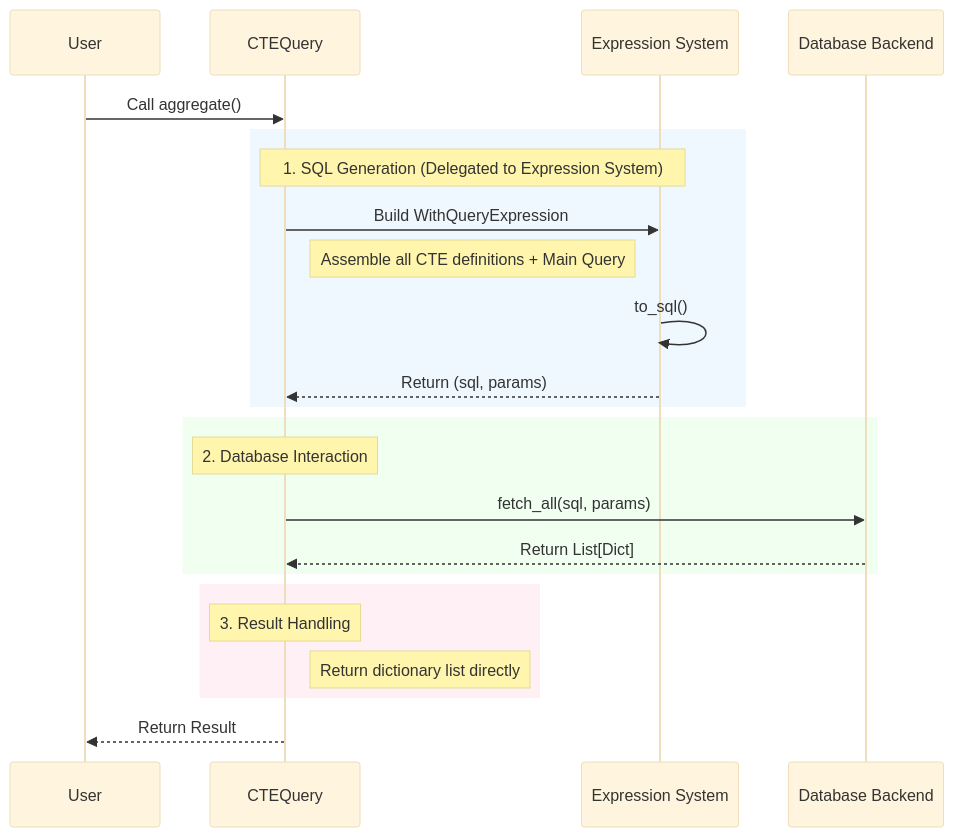
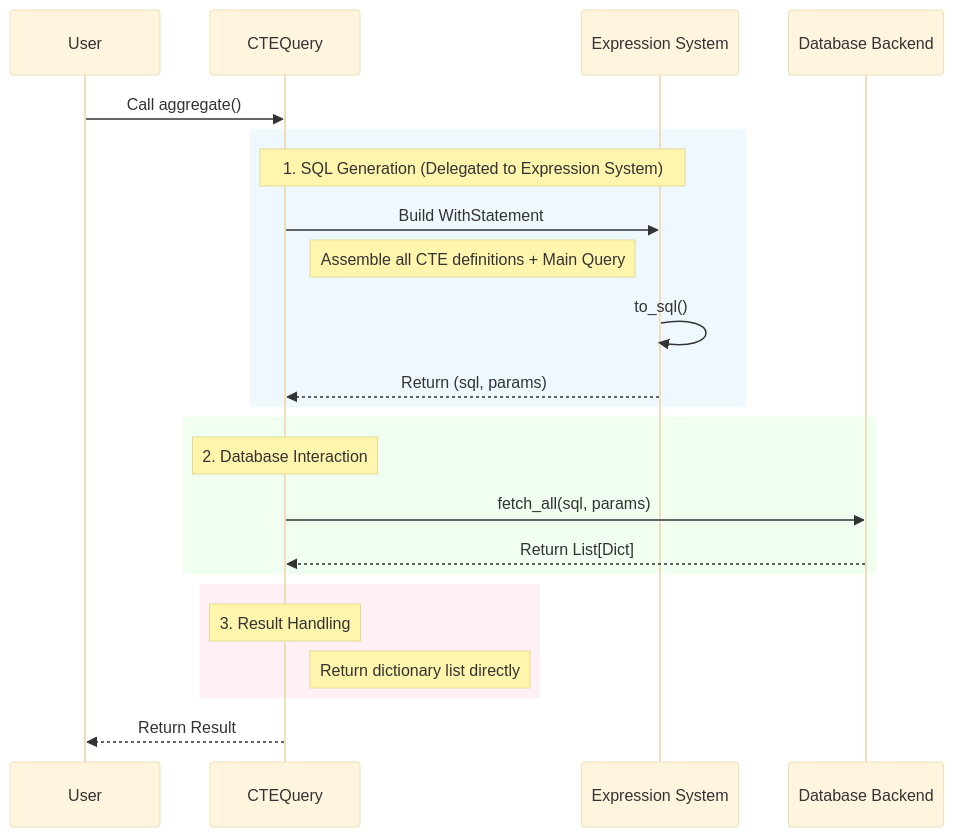
The diagram in docs/en_US/querying/cte_query.md (rhosocial/python-activerecord), drawn with Mermaid (base theme) before and after one commit. The commit also changed 26 other files, not shown here.

````diff
--- a/docs/en_US/querying/cte_query.md
+++ b/docs/en_US/querying/cte_query.md
@@ -85,30 +85,30 @@
 ```mermaid
 sequenceDiagram
     participant User
     participant Query as CTEQuery
     participant Expr as Expression System
     participant Backend as Database Backend
 
     User->>Query: Call aggregate()
     
     rect rgb(240, 248, 255)
         Note over Query, Expr: 1. SQL Generation (Delegated to Expression System)
-        Query->>Expr: Build WithQueryExpression
+        Query->>Expr: Build WithStatement
         Note right of Query: Assemble all CTE definitions + Main Query
         Expr->>Expr: to_sql()
         Expr-->>Query: Return (sql, params)
     end
 
     rect rgb(240, 255, 240)
         Note over Query: 2. Database Interaction
         Query->>Backend: fetch_all(sql, params)
         Backend-->>Query: Return List[Dict]
     end
 
     rect rgb(255, 240, 245)
         Note over Query: 3. Result Handling
         Note right of Query: Return dictionary list directly
     end
 
     Query-->>User: Return Result
 ```
````
